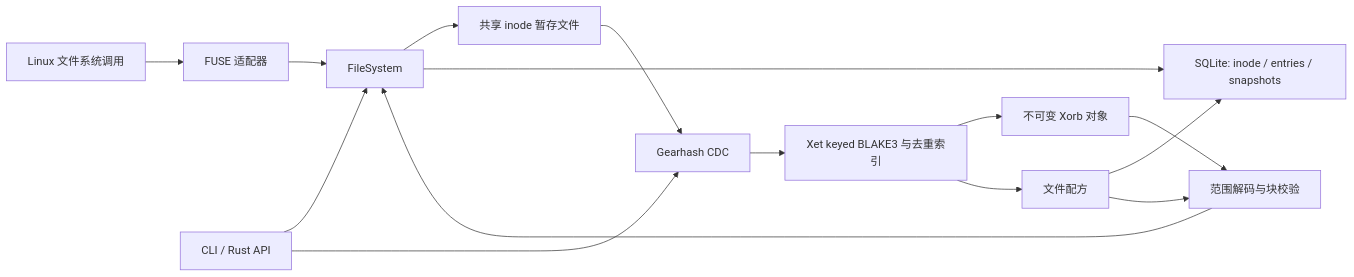
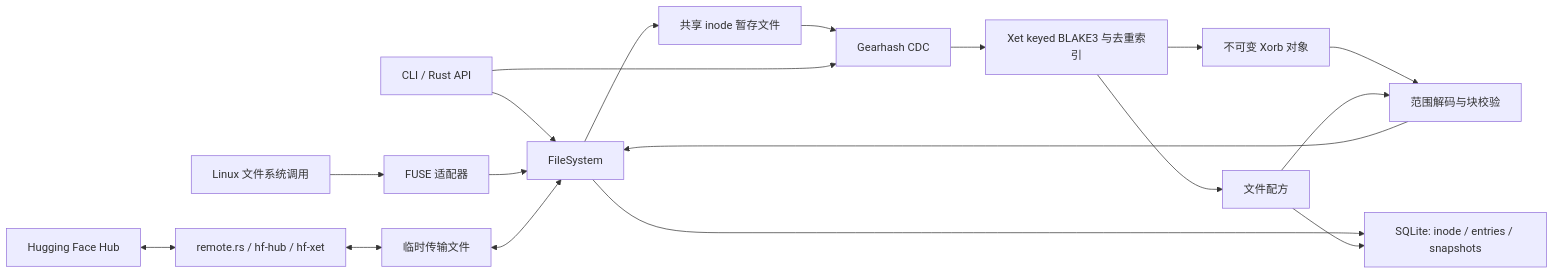
The diagram in ARCHITECTURE.md (trotsky1997/xetfs), drawn with Mermaid before and after one commit. The commit also changed other lines of this file and 13 other files, not shown here.

Commit message:
Add Hugging Face Xet remote sync

````diff
--- a/ARCHITECTURE.md
+++ b/ARCHITECTURE.md
@@ -7,17 +7,20 @@
 ```mermaid
 flowchart LR
   A[Linux 文件系统调用] --> B[FUSE 适配器]
   C[CLI / Rust API] --> D[FileSystem]
   B --> D
   D --> E[共享 inode 暂存文件]
   E --> F[Gearhash CDC]
   C --> F
   F --> G[Xet keyed BLAKE3 与去重索引]
   G --> H[不可变 Xorb 对象]
   G --> I[文件配方]
   D --> J[SQLite: inode / entries / snapshots]
   I --> J
   H --> K[范围解码与块校验]
   I --> K
   K --> D
+  L[Hugging Face Hub] <--> M[remote.rs / hf-hub / hf-xet]
+  M <--> N[临时传输文件]
+  N <--> D
 ```
````
